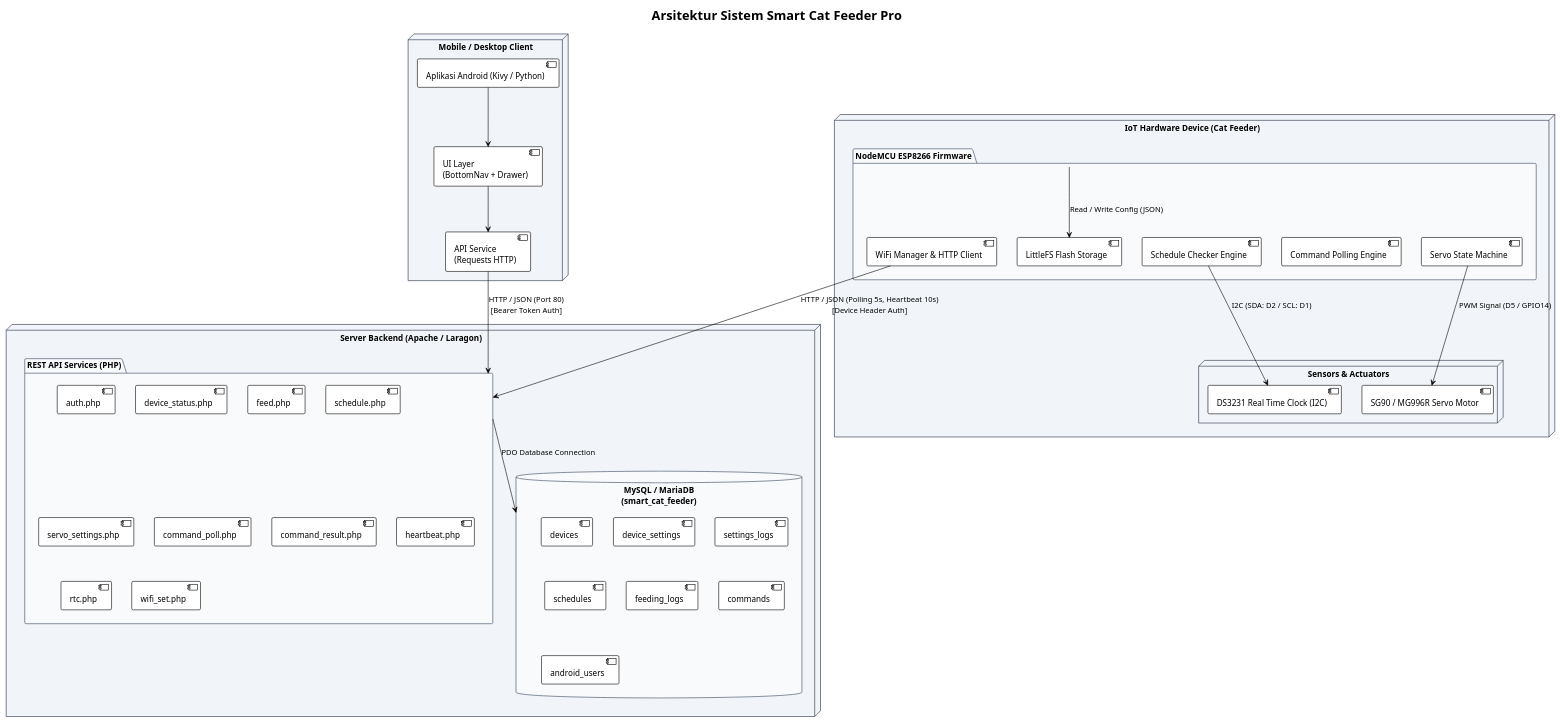
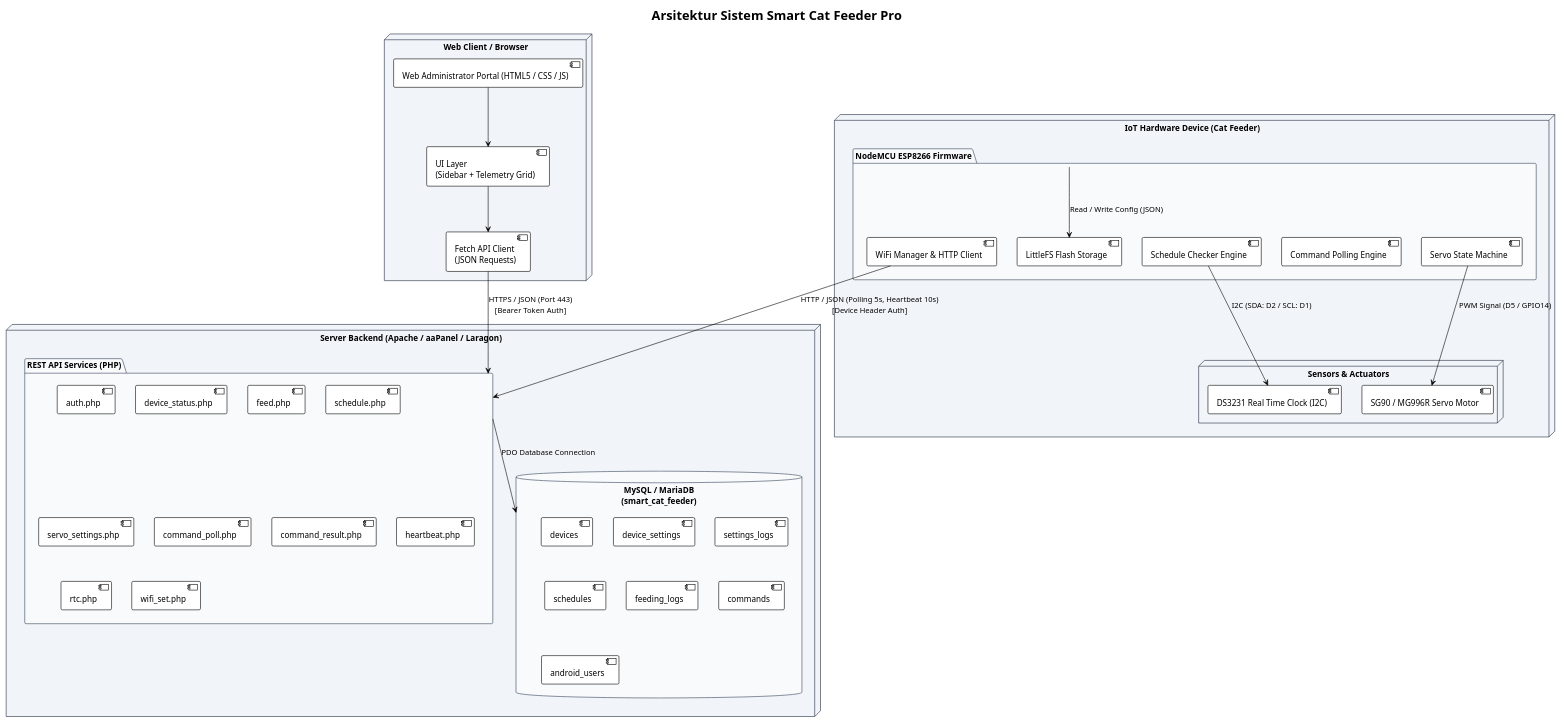
One commit to rtamaaa/cat-feeder changed the diagram in docs/plantuml/01_system_architecture.puml. Above: the diagram before and after it, drawn with PlantUML. The commit also changed 257 other files, not shown here.

```diff
--- a/docs/plantuml/01_system_architecture.puml
+++ b/docs/plantuml/01_system_architecture.puml
@@ -1,71 +1,71 @@
 @startuml System_Architecture
 !theme plain
 skinparam backgroundColor #FFFFFF
 skinparam componentStyle uml2
 skinparam packageBackgroundColor #F8FAFC
 skinparam packageBorderColor #334155
 skinparam nodeBackgroundColor #F1F5F9
 skinparam nodeBorderColor #1E293B
 
 title Arsitektur Sistem Smart Cat Feeder Pro
 
-node "Mobile / Desktop Client" as ClientNode {
-    [Aplikasi Android (Kivy / Python)] as KivyApp
-    component "UI Layer\n(BottomNav + Drawer)" as UILayer
-    component "API Service\n(Requests HTTP)" as HttpService
+node "Web Client / Browser" as ClientNode {
+    [Web Administrator Portal (HTML5 / CSS / JS)] as WebApp
+    component "UI Layer\n(Sidebar + Telemetry Grid)" as UILayer
+    component "Fetch API Client\n(JSON Requests)" as HttpService
     
-    KivyApp --> UILayer
+    WebApp --> UILayer
     UILayer --> HttpService
 }
 
-node "Server Backend (Apache / Laragon)" as ServerNode {
+node "Server Backend (Apache / aaPanel / Laragon)" as ServerNode {
     package "REST API Services (PHP)" as ApiPackage {
         [auth.php] as ApiAuth
         [device_status.php] as ApiStatus
         [feed.php] as ApiFeed
         [schedule.php] as ApiSched
         [servo_settings.php] as ApiServo
         [command_poll.php] as ApiPoll
         [command_result.php] as ApiResult
         [heartbeat.php] as ApiHeartbeat
         [rtc.php] as ApiRtc
         [wifi_set.php] as ApiWifi
     }
     
     database "MySQL / MariaDB\n(smart_cat_feeder)" as DatabaseNode {
         [devices]
         [device_settings]
         [settings_logs]
         [schedules]
         [feeding_logs]
         [commands]
         [android_users]
     }
     
     ApiPackage --> DatabaseNode : PDO Database Connection
 }
 
 node "IoT Hardware Device (Cat Feeder)" as HardwareNode {
     package "NodeMCU ESP8266 Firmware" as EspPackage {
         [WiFi Manager & HTTP Client] as EspWifi
         [Command Polling Engine] as EspPoll
         [Schedule Checker Engine] as EspSchedEngine
         [LittleFS Flash Storage] as EspFS
         [Servo State Machine] as EspServoSM
     }
     
     node "Sensors & Actuators" as ActuatorNode {
         [DS3231 Real Time Clock (I2C)] as RtcHw
         [SG90 / MG996R Servo Motor] as ServoHw
     }
     
     EspSchedEngine --> RtcHw : I2C (SDA: D2 / SCL: D1)
     EspServoSM --> ServoHw : PWM Signal (D5 / GPIO14)
     EspPackage --> EspFS : Read / Write Config (JSON)
 }
 
 ' Interactions
-HttpService --> ApiPackage : HTTP / JSON (Port 80)\n[Bearer Token Auth]
+HttpService --> ApiPackage : HTTPS / JSON (Port 443)\n[Bearer Token Auth]
 EspWifi --> ApiPackage : HTTP / JSON (Polling 5s, Heartbeat 10s)\n[Device Header Auth]
 
 @enduml
```
